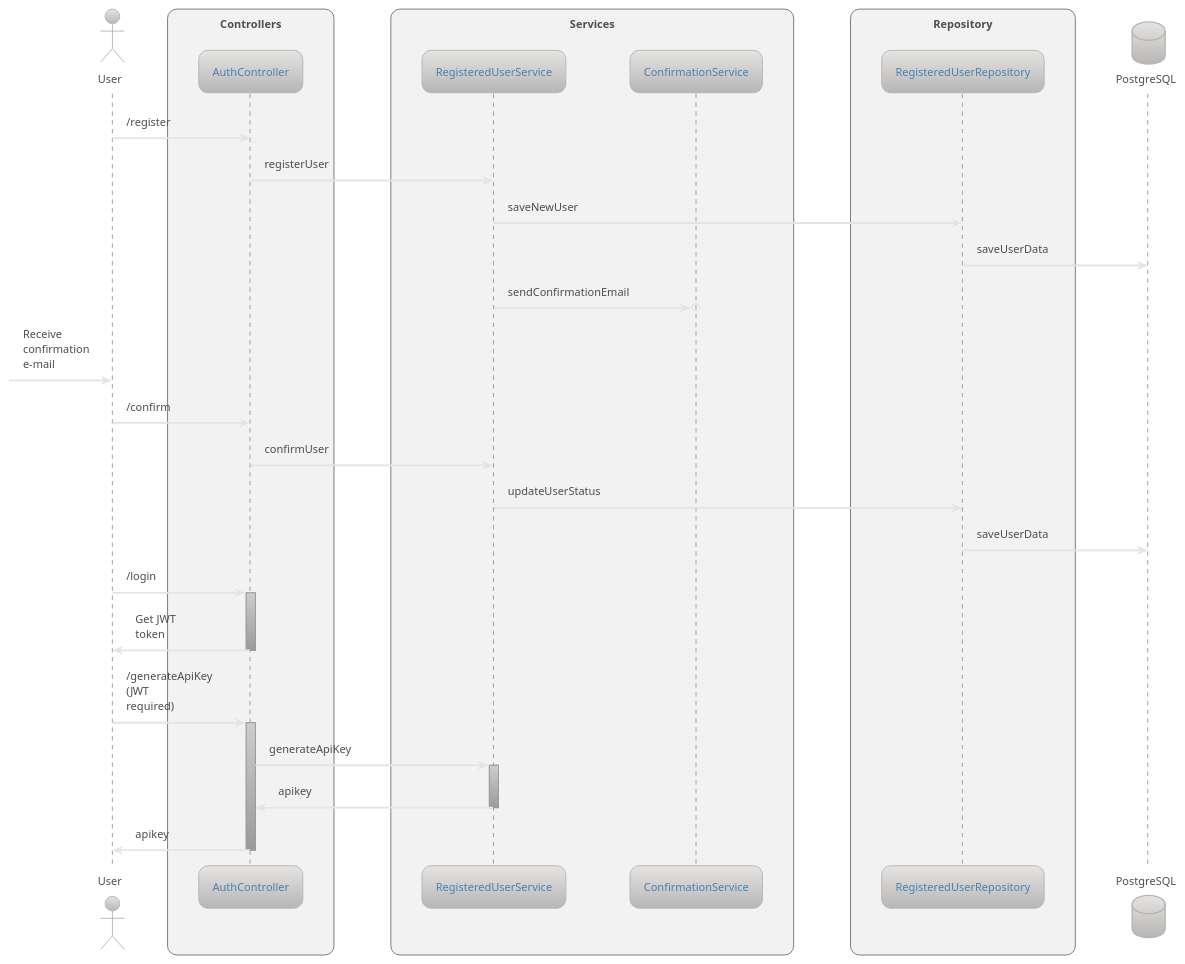
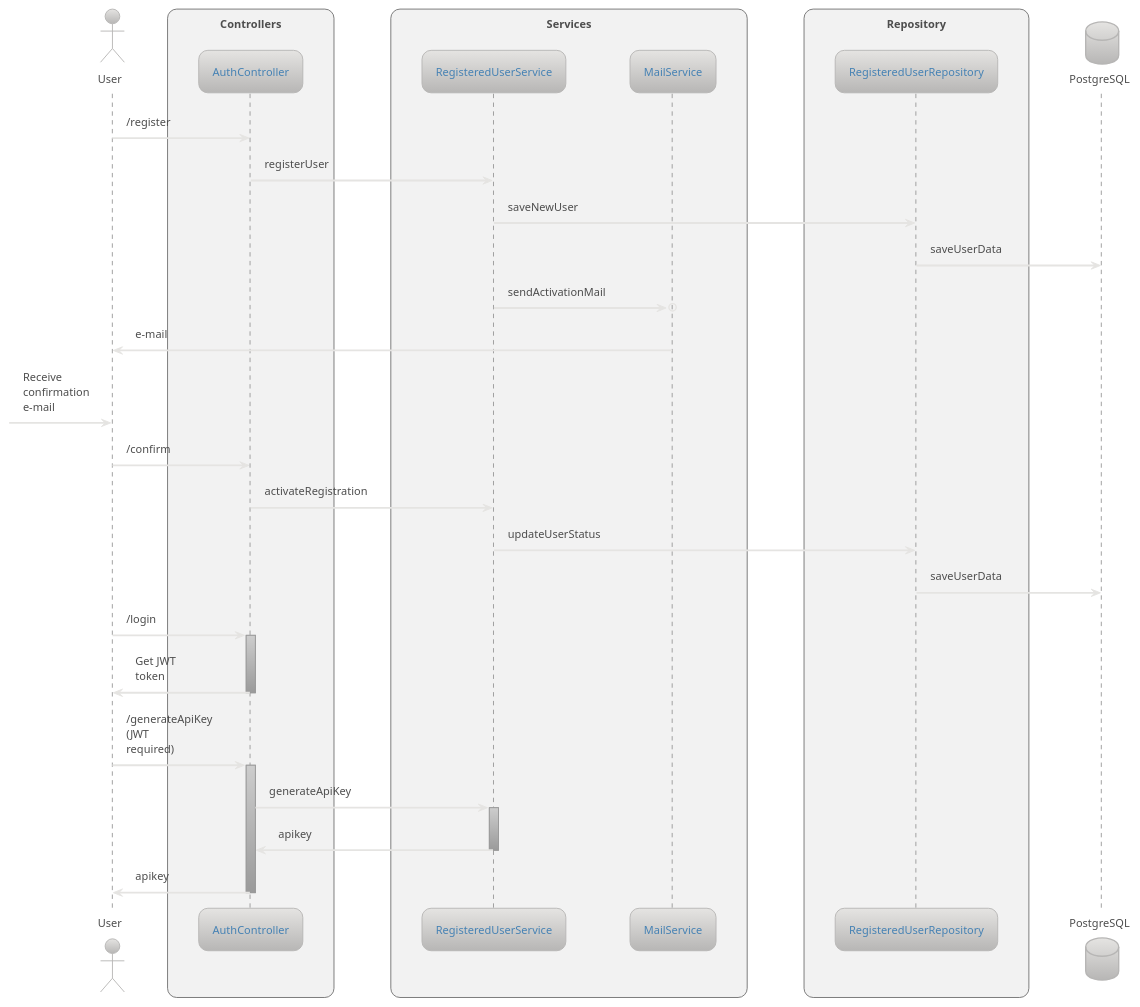
One commit to Viterg/stocks-feed changed the diagram in docs/Authentication.puml. Above: the diagram before and after it, drawn with PlantUML. The commit also changed 22 other files, not shown here.

Commit message:
MailService added, auditable information for users added.

```diff
--- a/docs/Authentication.puml
+++ b/docs/Authentication.puml
@@ -1,49 +1,50 @@
 @startuml
 !theme metal
 skinparam sequenceArrowThickness 2
 skinparam roundcorner 20
 skinparam maxmessagesize 60
 
 actor User
 database PostgreSQL as P order 90
 
 box "Controllers"
 participant AuthController as AC
 end box
 
 box "Services"
 participant RegisteredUserService as RUS
-participant ConfirmationService as CS
+participant MailService as MS
 end box
 
 box "Repository"
 participant RegisteredUserRepository as RUR
 end box
 
 User -> AC: /register
 AC -> RUS: registerUser
 RUS -> RUR: saveNewUser
 RUR -> P: saveUserData
-RUS ->o CS: sendConfirmationEmail
+RUS ->o MS: sendActivationMail
+MS -> User: e-mail
 
 -> User: Receive confirmation e-mail
 User -> AC: /confirm
-AC -> RUS: confirmUser
+AC -> RUS: activateRegistration
 RUS -> RUR: updateUserStatus
 RUR -> P: saveUserData
 
 User -> AC: /login
 activate AC
 AC -> User: Get JWT token
 deactivate AC
 
 User -> AC: /generateApiKey (JWT required)
 activate AC
 AC -> RUS: generateApiKey
 activate RUS
 RUS -> AC: apikey
 deactivate RUS
 AC -> User: apikey
 deactivate AC
 
 @enduml
```
